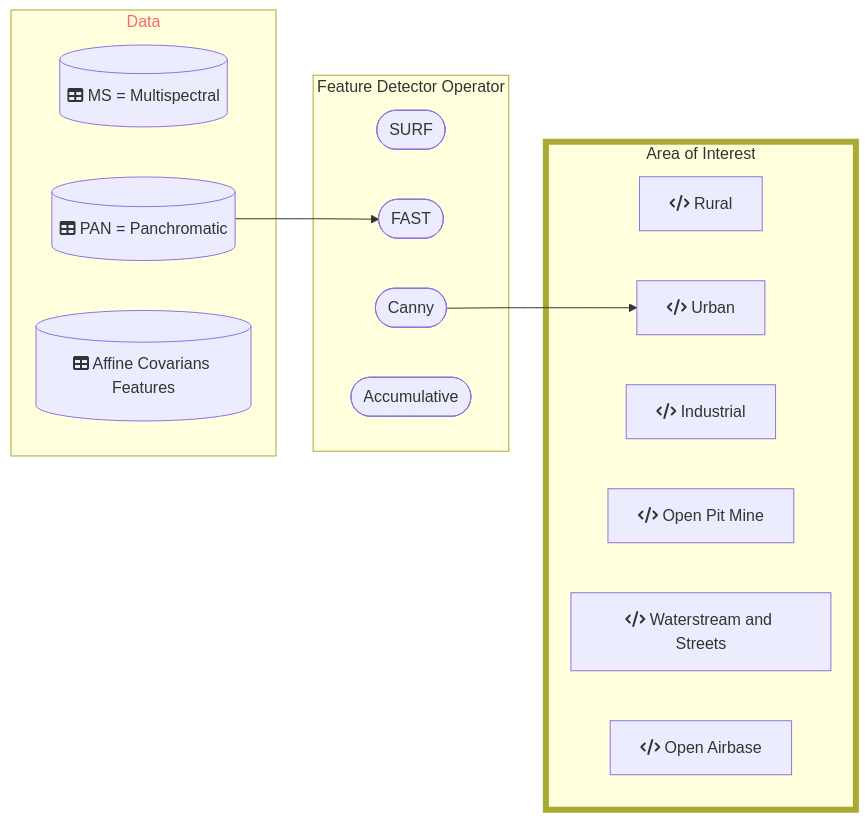
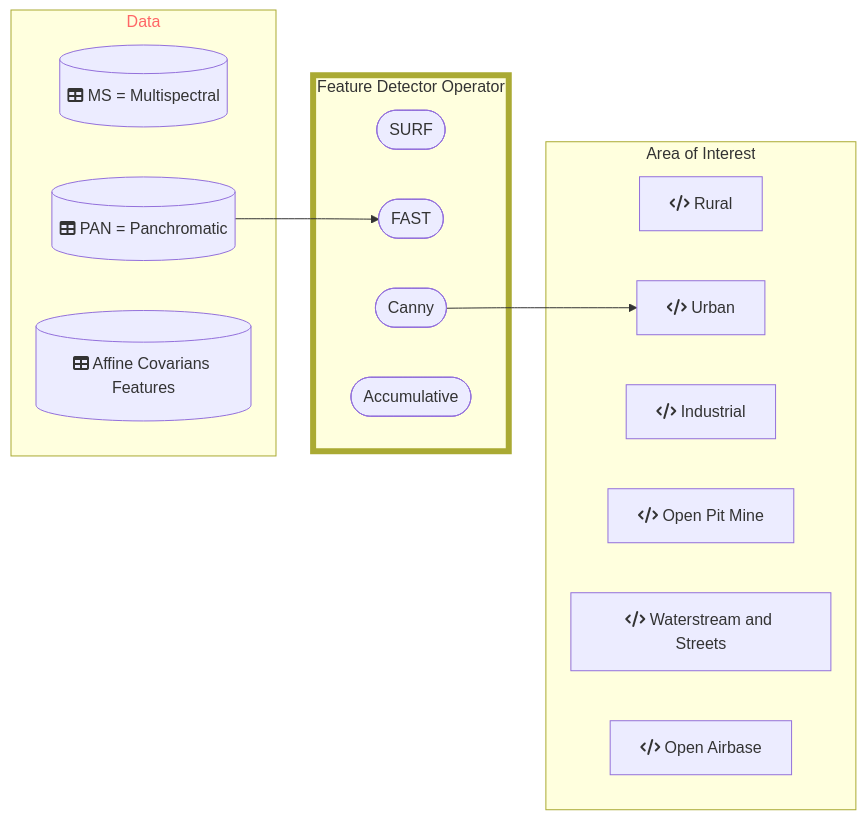
Before and after one commit to DippoldEJ/Feature-Detection-and-Explanation: the diagram in Application/README.md, drawn with Mermaid.

````diff
--- a/Application/README.md
+++ b/Application/README.md
@@ -13,32 +13,32 @@
 ```mermaid
 flowchart LR;
 
  subgraph n[Data]
         g[(fa:fa-table MS = Multispectral)]
         h[(fa:fa-table PAN = Panchromatic)]
         i[(fa:fa-table Affine Covarians Features)]
     end
 
  subgraph o[Feature Detector Operator]
         j([SURF])
         k([FAST])
         l([Canny])
         m([Accumulative])
     end
 
 subgraph p[Area of Interest]
     a[fa:fa-code Rural]
     b[fa:fa-code Urban]
     c[fa:fa-code Industrial]
     d[fa:fa-code Open Pit Mine]
     e[fa:fa-code Waterstream and Streets]
     f[fa:fa-code Open Airbase]
     end
 
 style n color:#f66
+style o stroke-width:6px
 
-style p stroke-width:6px
 h-->k
 l-->b
 
 ```
````
